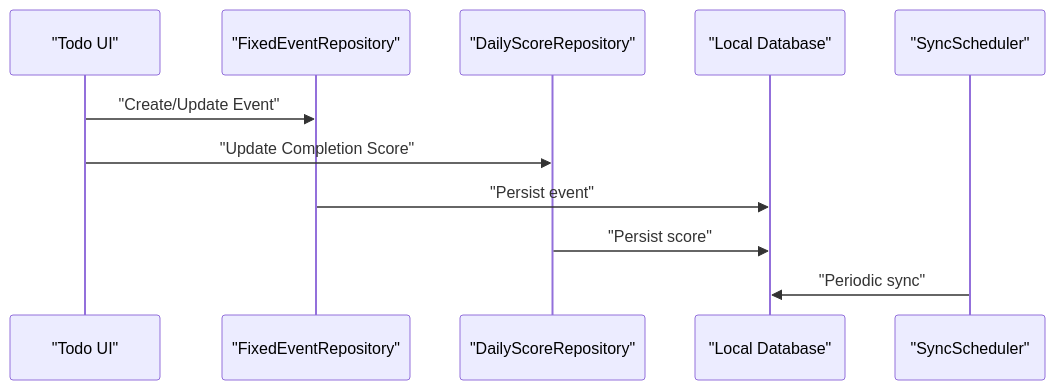
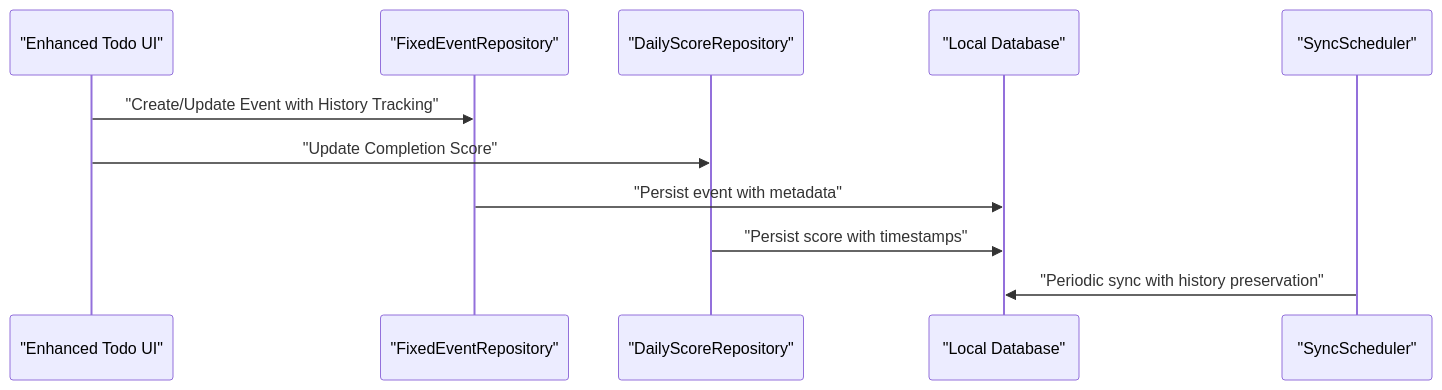
One commit to favoroo/QNote changed the fifth of 10 diagrams in .qoder/repowiki/en/content/Core Features/Core Features.md. Above: the diagram before and after it, drawn with Mermaid. The commit also changed other lines of this file and 114 other files, not shown here.

````diff
--- a/.qoder/repowiki/en/content/Core Features/Core Features.md
+++ b/.qoder/repowiki/en/content/Core Features/Core Features.md
@@ -276,13 +314,13 @@
 ```mermaid
 sequenceDiagram
-participant UI as "Todo UI"
+participant UI as "Enhanced Todo UI"
 participant FER as "FixedEventRepository"
 participant DSR as "DailyScoreRepository"
 participant DB as "Local Database"
 participant Sync as "SyncScheduler"
-UI->>FER : "Create/Update Event"
+UI->>FER : "Create/Update Event with History Tracking"
 UI->>DSR : "Update Completion Score"
-FER->>DB : "Persist event"
-DSR->>DB : "Persist score"
-Sync->>DB : "Periodic sync"
+FER->>DB : "Persist event with metadata"
+DSR->>DB : "Persist score with timestamps"
+Sync->>DB : "Periodic sync with history preservation"
 ```
````
